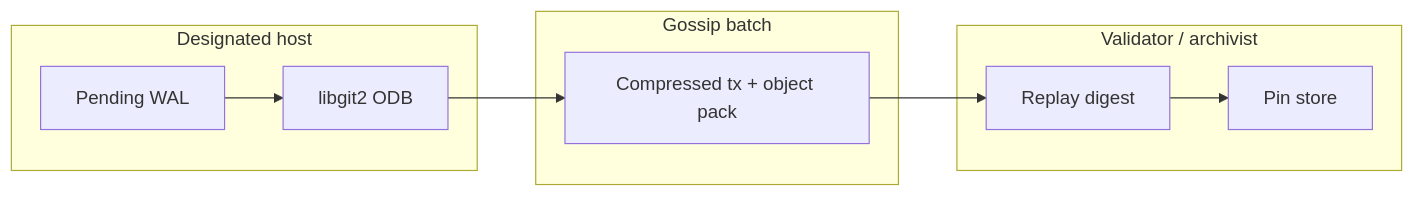
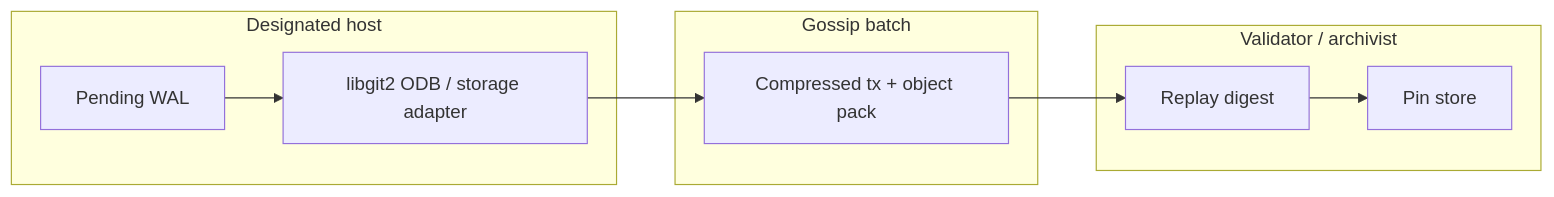
The second of 2 diagrams in chapters/03_storage.md (ltbhappyness/docs), drawn with Mermaid before and after one commit. The commit also changed other lines of this file and 9 other files, not shown here.

````diff
--- a/chapters/03_storage.md
+++ b/chapters/03_storage.md
@@ -81,21 +146,18 @@
 ```mermaid
 flowchart LR
-  subgraph host [Designated host]
-    WAL[Pending WAL]
-    L2[libgit2 ODB]
+  subgraph host ["Designated host"]
+    WAL["Pending WAL"]
+    L2["libgit2 ODB / storage adapter"]
   end
-
-  subgraph batch [Gossip batch]
-    PACK[Compressed tx + object pack]
+  subgraph batch ["Gossip batch"]
+    PACK["Compressed tx + object pack"]
   end
-
-  subgraph peer [Validator / archivist]
-    VAL[Replay digest]
-    PIN[Pin store]
+  subgraph peer ["Validator / archivist"]
+    VAL["Replay digest"]
+    PIN["Pin store"]
   end
-
   WAL --> L2
   L2 --> PACK
   PACK --> VAL
   VAL --> PIN
 ```
````
